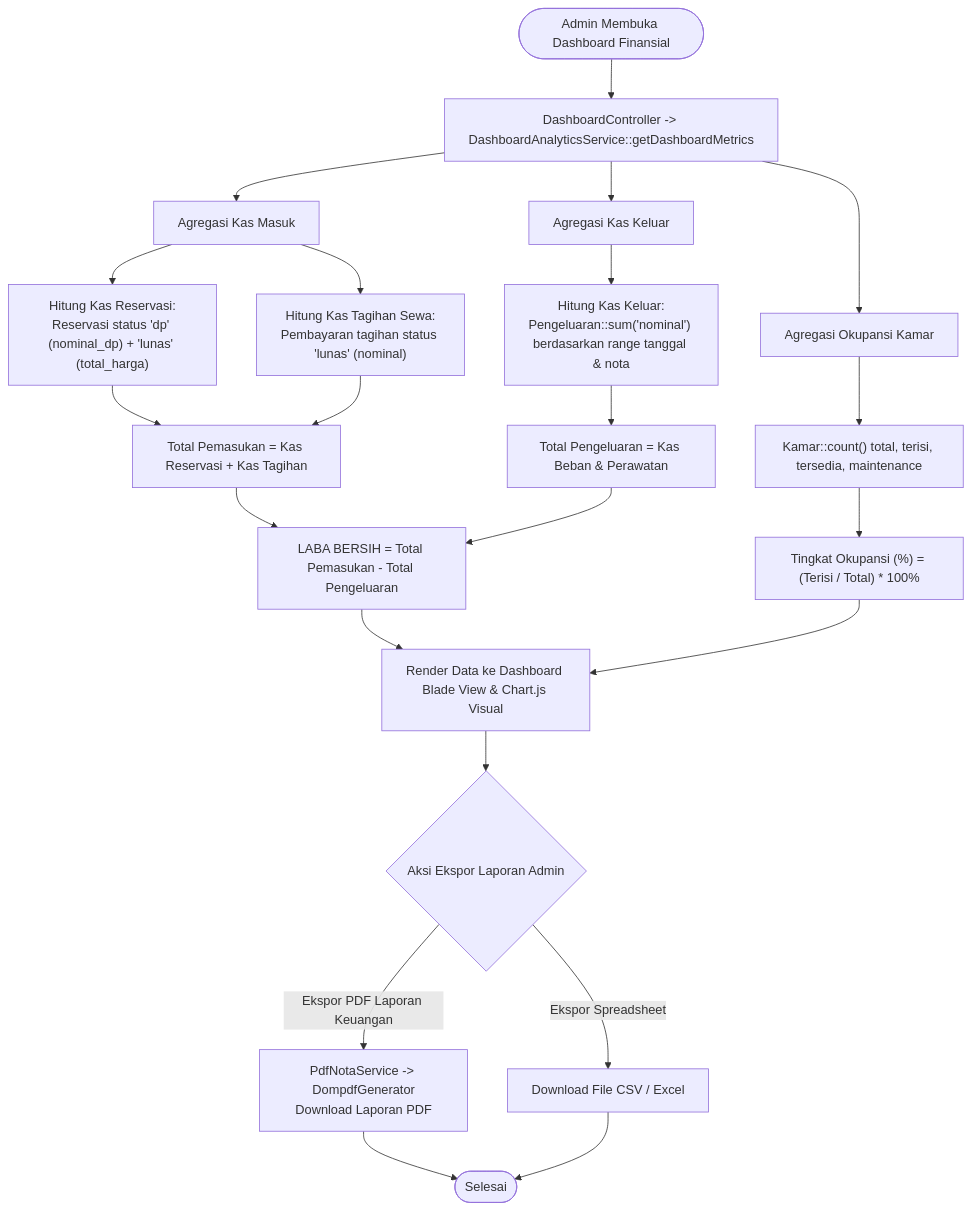
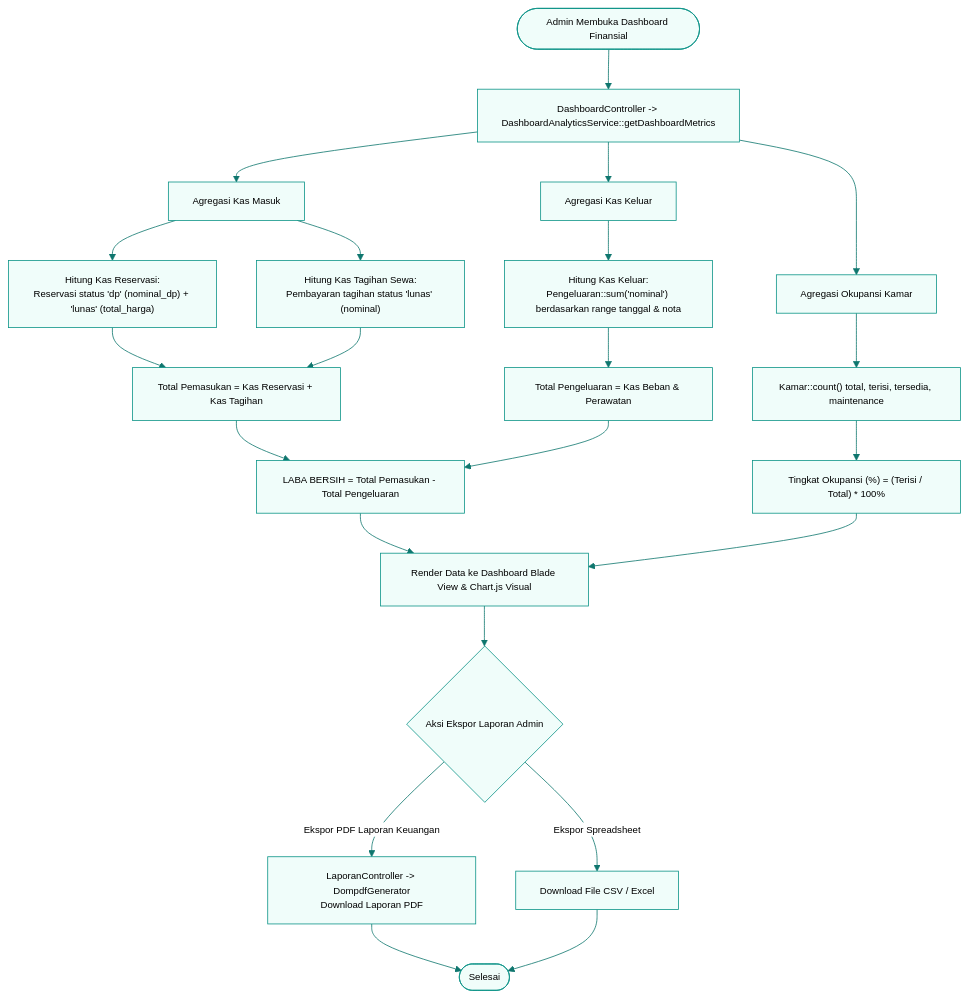
Diagram 12 of 13 in Blueprint/Class_Diagram_Kost.md (rafifarsyapradiva/asri-boarding-house), drawn with Mermaid before and after one commit. The commit also changed other lines of this file and 28 other files, not shown here.

Commit message:
docs(class-diagram): finalisasi arsitektur objek, integrasi 21 model, eliminasi ghost classes & kompilasi 19 citra visual (v240.0)

````diff
--- a/Blueprint/Class_Diagram_Kost.md
+++ b/Blueprint/Class_Diagram_Kost.md
@@ -1106,32 +1592,46 @@
 ```mermaid
+%%{init: {
+  'theme': 'base',
+  'themeVariables': {
+    'primaryColor': '#F0FDFA',
+    'primaryTextColor': '#000000',
+    'primaryBorderColor': '#0D9488',
+    'lineColor': '#0F766E',
+    'secondaryColor': '#CCFBF1',
+    'tertiaryColor': '#FFFFFF',
+    'edgeLabelBackground': '#FFFFFF',
+    'fontSize': '12px',
+    'fontFamily': 'Inter, system-ui, sans-serif'
+  }
+}}%%
 flowchart TD
     Start([Admin Membuka Dashboard Finansial]) --> RequestAnalytics[DashboardController -> DashboardAnalyticsService::getDashboardMetrics]
     
     RequestAnalytics --> AggregateCashIn[Agregasi Kas Masuk]
     RequestAnalytics --> AggregateCashOut[Agregasi Kas Keluar]
     RequestAnalytics --> AggregateOccupancy[Agregasi Okupansi Kamar]
     
     AggregateCashIn --> SumReservasi["Hitung Kas Reservasi:<br>Reservasi status 'dp' (nominal_dp) + 'lunas' (total_harga)"]
     AggregateCashIn --> SumTagihan["Hitung Kas Tagihan Sewa:<br>Pembayaran tagihan status 'lunas' (nominal)"]
     SumReservasi --> TotalPemasukan["Total Pemasukan = Kas Reservasi + Kas Tagihan"]
     SumTagihan --> TotalPemasukan
     
     AggregateCashOut --> SumExpenses["Hitung Kas Keluar:<br>Pengeluaran::sum('nominal') berdasarkan range tanggal & nota"]
     SumExpenses --> TotalPengeluaran["Total Pengeluaran = Kas Beban & Perawatan"]
     
     AggregateOccupancy --> CountRooms["Kamar::count() total, terisi, tersedia, maintenance"]
     CountRooms --> CalcOccupancyRate["Tingkat Okupansi (%) = (Terisi / Total) * 100%"]
     
     TotalPemasukan --> CalcProfit["LABA BERSIH = Total Pemasukan - Total Pengeluaran"]
     TotalPengeluaran --> CalcProfit
     
     CalcProfit --> RenderView[Render Data ke Dashboard Blade View & Chart.js Visual]
     CalcOccupancyRate --> RenderView
     
     RenderView --> ExportAction{Aksi Ekspor Laporan Admin}
-    ExportAction -->|Ekspor PDF Laporan Keuangan| GeneratePdfLaporan[PdfNotaService -> DompdfGenerator<br>Download Laporan PDF]
+    ExportAction -->|Ekspor PDF Laporan Keuangan| GeneratePdfLaporan[LaporanController -> DompdfGenerator<br>Download Laporan PDF]
     ExportAction -->|Ekspor Spreadsheet| GenerateExcel[Download File CSV / Excel]
     
     GeneratePdfLaporan --> End([Selesai])
     GenerateExcel --> End
 ```
````
